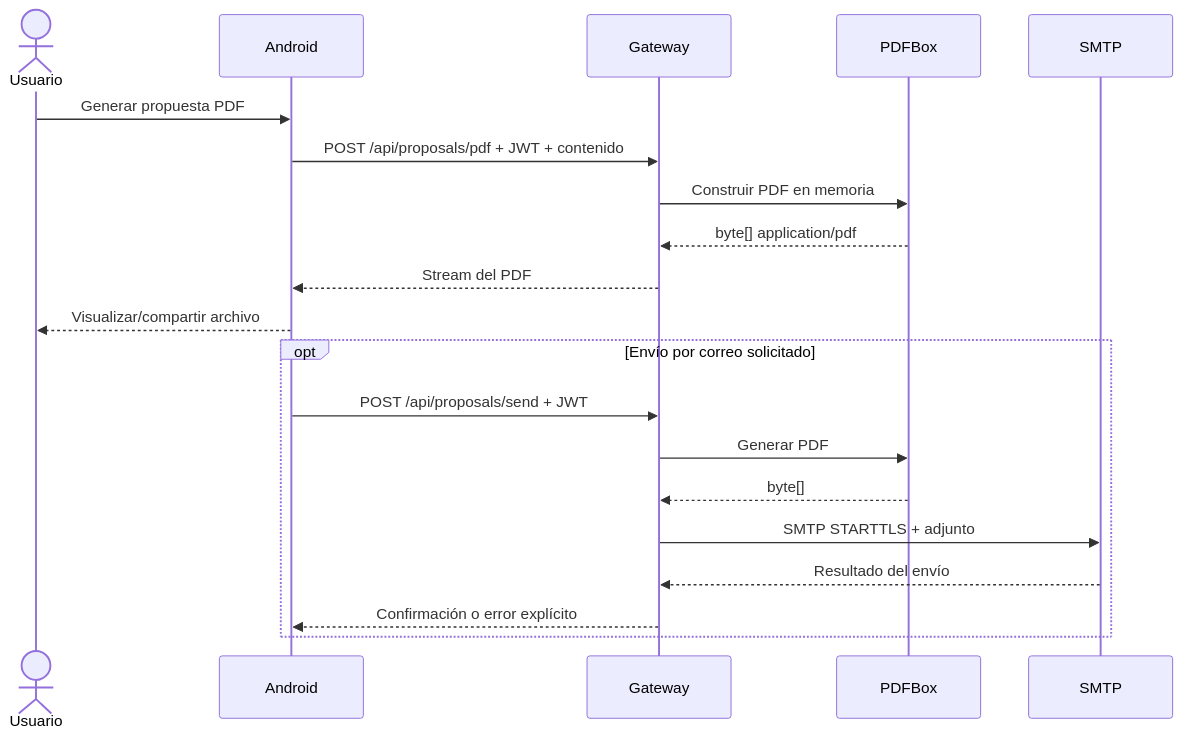
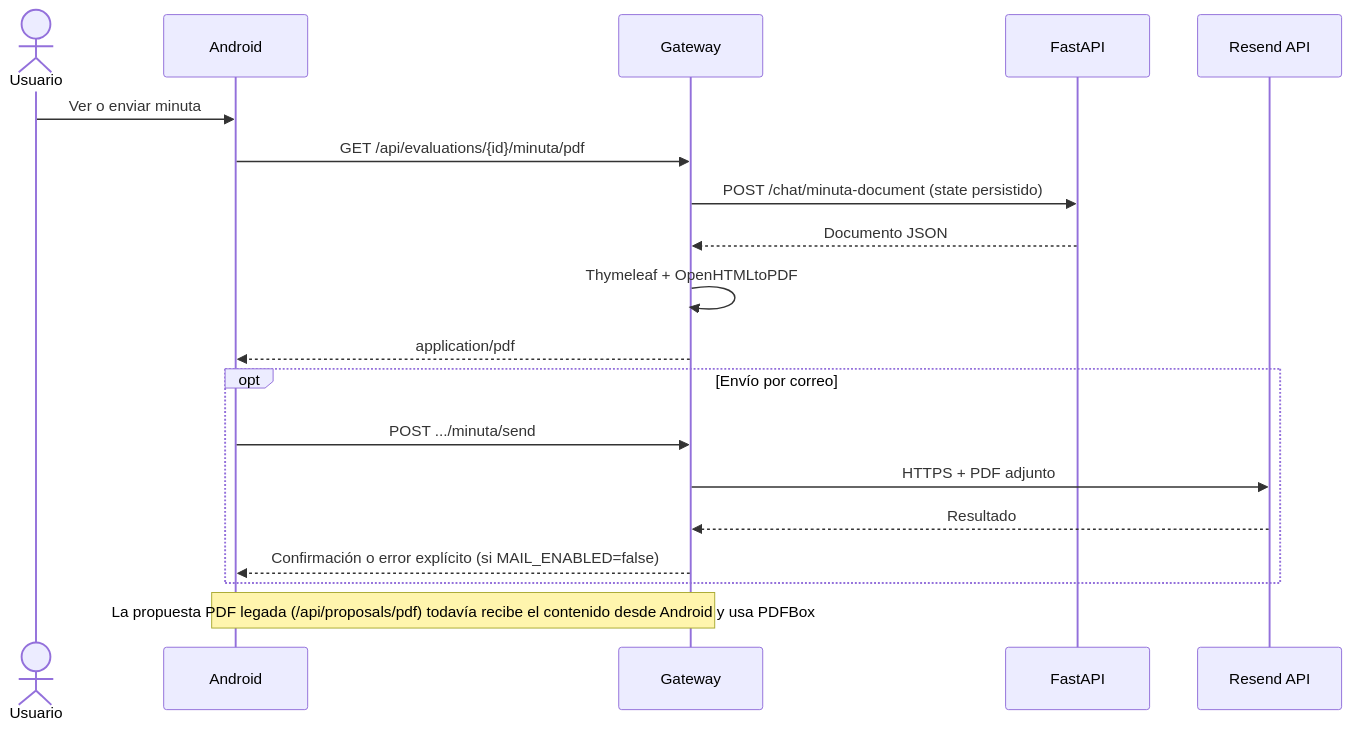
One commit to jagarell/AsistenteRedIDBI changed the second of 3 diagrams in docs/architecture/data-flow.md. Above: the diagram before and after it, drawn with Mermaid. The commit also changed other lines of this file and 14 other files, not shown here.

````diff
--- a/docs/architecture/data-flow.md
+++ b/docs/architecture/data-flow.md
@@ -101,24 +100,24 @@
 ```mermaid
 sequenceDiagram
     actor U as Usuario
     participant A as Android
     participant G as Gateway
-    participant P as PDFBox
-    participant S as SMTP
+    participant P as FastAPI
+    participant R as Resend API
 
-    U->>A: Generar propuesta PDF
-    A->>G: POST /api/proposals/pdf + JWT + contenido
-    G->>P: Construir PDF en memoria
-    P-->>G: byte[] application/pdf
-    G-->>A: Stream del PDF
-    A-->>U: Visualizar/compartir archivo
+    U->>A: Ver o enviar minuta
+    A->>G: GET /api/evaluations/{id}/minuta/pdf
+    G->>P: POST /chat/minuta-document (state persistido)
+    P-->>G: Documento JSON
+    G->>G: Thymeleaf + OpenHTMLtoPDF
+    G-->>A: application/pdf
 
-    opt Envío por correo solicitado
-        A->>G: POST /api/proposals/send + JWT
-        G->>P: Generar PDF
-        P-->>G: byte[]
-        G->>S: SMTP STARTTLS + adjunto
-        S-->>G: Resultado del envío
-        G-->>A: Confirmación o error explícito
+    opt Envío por correo
+        A->>G: POST .../minuta/send
+        G->>R: HTTPS + PDF adjunto
+        R-->>G: Resultado
+        G-->>A: Confirmación o error explícito (si MAIL_ENABLED=false)
     end
+
+    Note over A,G: La propuesta PDF legada (/api/proposals/pdf) todavía recibe el contenido desde Android y usa PDFBox
 ```
````
